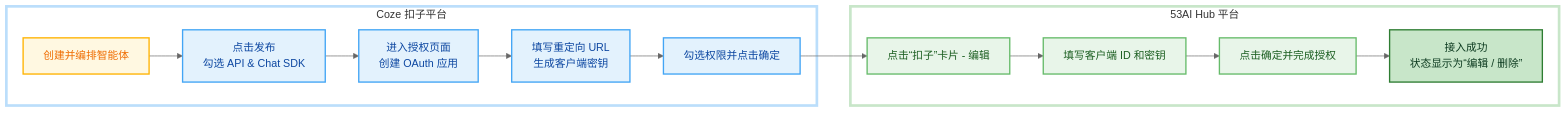
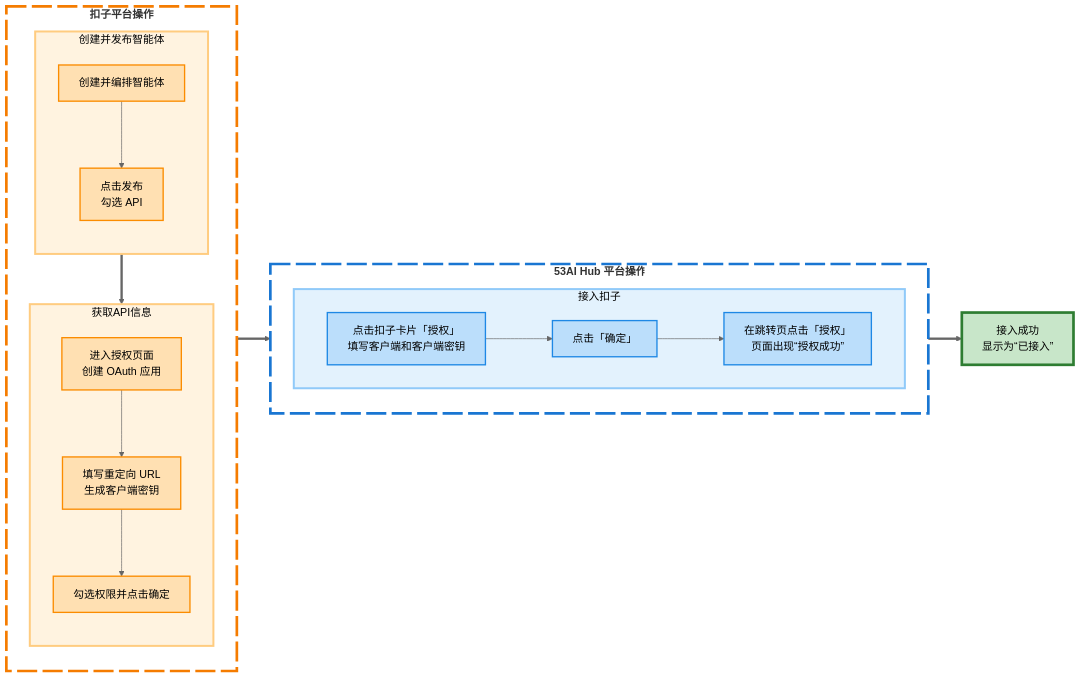
One commit to 53AI/53AIHub-docs changed the first of 4 diagrams in 手册/站点配置/平台接入.md. Above: the diagram before and after it, drawn with Mermaid (neutral theme). The commit also changed other lines of this file and 48 other files, not shown here.

````diff
--- a/手册/站点配置/平台接入.md
+++ b/手册/站点配置/平台接入.md
@@ -39,41 +39,44 @@
 ```mermaid
 flowchart LR
- subgraph subGraph0["Coze 扣子平台"]
-        B["点击发布<br>勾选 API & Chat SDK"]
-        A["创建并编排智能体"]
-        C["进入授权页面<br>创建 OAuth 应用"]
-        D["填写重定向 URL<br>生成客户端密钥"]
-        E["勾选权限并点击确定"]
-  end
- subgraph subGraph1["53AI Hub 平台"]
-        G["填写客户端 ID 和密钥"]
-        F["点击“扣子”卡片 - 编辑"]
-        H["点击确定并完成授权"]
-        I["接入成功<br>状态显示为“编辑 / 删除”"]
-  end
-    A --> B
-    B --> C
-    C --> D
-    D --> E
-    F --> G
-    G --> H
-    H --> I
-    E --> F
 
-     B:::cozeStep
-     A:::cozeStep
-     A:::startStep
-     C:::cozeStep
-     D:::cozeStep
-     E:::cozeStep
-     G:::hubStep
-     F:::hubStep
-     H:::hubStep
-     I:::successStep
-    classDef cozeStep fill:#E3F2FD,stroke:#42A5F5,stroke-width:2px,color:#0D47A1
-    classDef hubStep fill:#E8F5E9,stroke:#66BB6A,stroke-width:2px,color:#1B5E20
-    classDef successStep fill:#C8E6C9,stroke:#2E7D32,stroke-width:2px,color:#0D3B20
-    classDef startStep fill:#FFF8E1,stroke:#FFB300,stroke-width:2px,color:#EF6C00
-    style subGraph0 fill:transparent,stroke:#BBDEFB,stroke-width:4px
-    style subGraph1 fill:transparent,stroke:#C8E6C9,stroke-width:4px
+subgraph one["扣子平台操作"]
+direction TB
+subgraph step1["创建并发布智能体"]
+direction TB
+A1["创建并编排智能体"] --> A2["点击发布<br>勾选 API"]
+end
+subgraph step2["获取API信息"]
+direction TB
+A3["进入授权页面<br>创建 OAuth 应用"] --> A4["填写重定向 URL<br>生成客户端密钥"] --> A5["勾选权限并点击确定"]
+end
+end
+subgraph two["53AI Hub 平台操作"]
+direction TB
+subgraph step3["接入扣子"]
+B1["点击扣子卡片「授权」<br>填写客户端和客户端密钥"]-->B2["点击「确定」"]
+-->B3["在跳转页点击「授权」<br>页面出现“授权成功”"]
+end
+end
+C1["接入成功<br>显示为“已接入”"]
+
+step1 ==> step2==>step3 ==>C1
+
+classDef difyStep fill:#FFE0B2,stroke:#FB8C00,stroke-width:2px,color:#000000
+classDef hubStep fill:#BBDEFB,stroke:#1E88E5,stroke-width:2px,color:#000000
+classDef successStep fill:#C8E6C9,stroke:#2E7D32,stroke-width:4px,color:#000000
+
+classDef stepBox1 fill:#FFF3E0,stroke:#FFCC80,stroke-width:3px,color:#000000
+classDef stepBox2 fill:#E3F2FD,stroke:#90CAF9,stroke-width:3px,color:#000000
+
+class A1,A2,A3,A4,A5 difyStep
+class B1,B2,B3,B4 hubStep
+class C1 successStep
+
+class step1 stepBox1
+class step2 stepBox1
+class step3 stepBox2
+class step4 stepBox2
+
+style one fill:transparent,stroke:#F57C00,stroke-width:4px,stroke-dasharray: 30 8,font-weight:bold
+style two fill:transparent,stroke:#1976D2,stroke-width:4px,stroke-dasharray: 30 8,font-weight:bold
 ```
````
